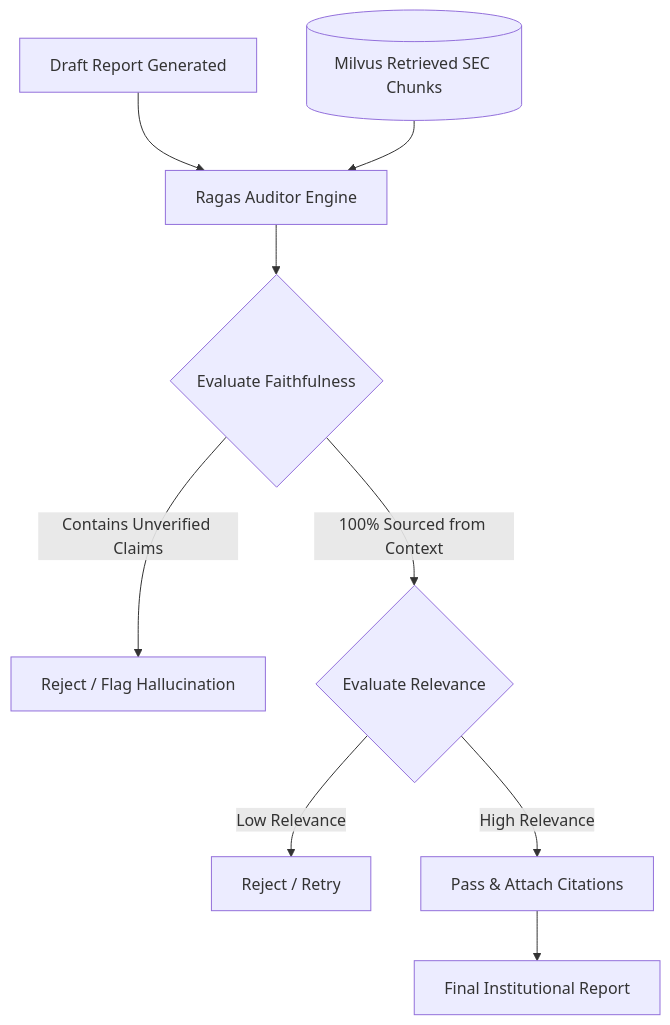
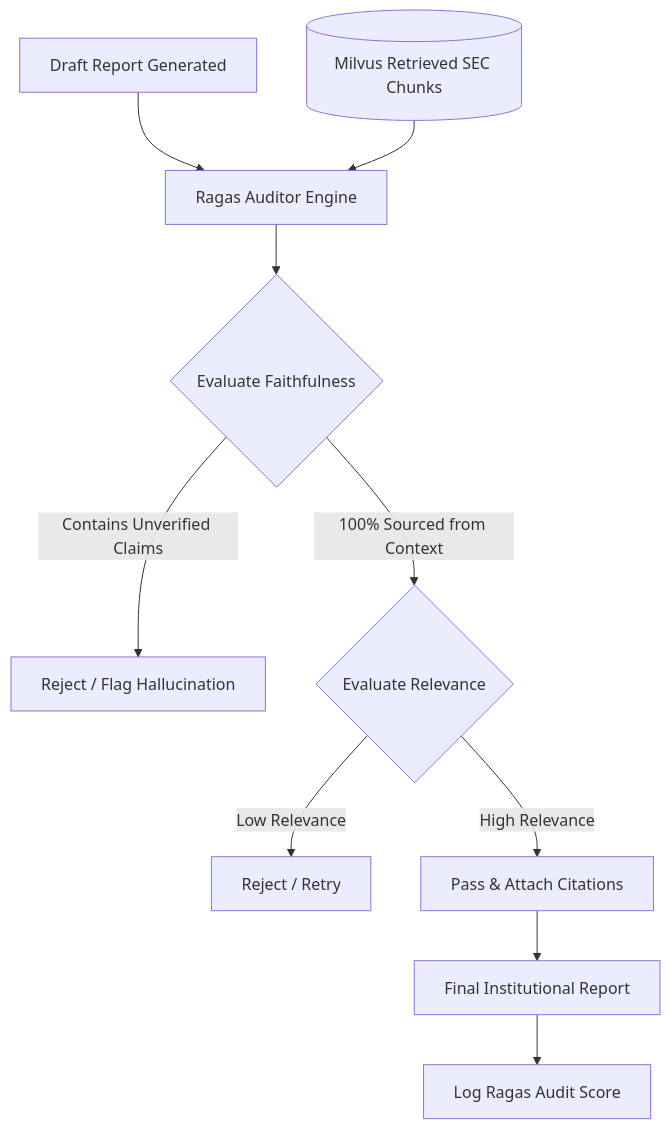
One commit to joe-ging/AI_Stock_Analyst_Enterprise changed the fourth of 5 diagrams in README.md. Above: the diagram before and after it, drawn with Mermaid. The commit also changed other lines of this file and 8 other files, not shown here.

Commit message:
docs: comprehensive update to logging architecture and READMEs

````diff
--- a/README.md
+++ b/README.md
@@ -151,14 +162,15 @@
 ```mermaid
 graph TD
     A[Draft Report Generated] --> B[Ragas Auditor Engine]
     C[(Milvus Retrieved SEC Chunks)] --> B
     
     B --> D{Evaluate Faithfulness}
     D -->|Contains Unverified Claims| E[Reject / Flag Hallucination]
     D -->|100% Sourced from Context| F{Evaluate Relevance}
     
     F -->|Low Relevance| G[Reject / Retry]
     F -->|High Relevance| H[Pass & Attach Citations]
     
     H --> I[Final Institutional Report]
+    I --> J[Log Ragas Audit Score]
 ```
````
